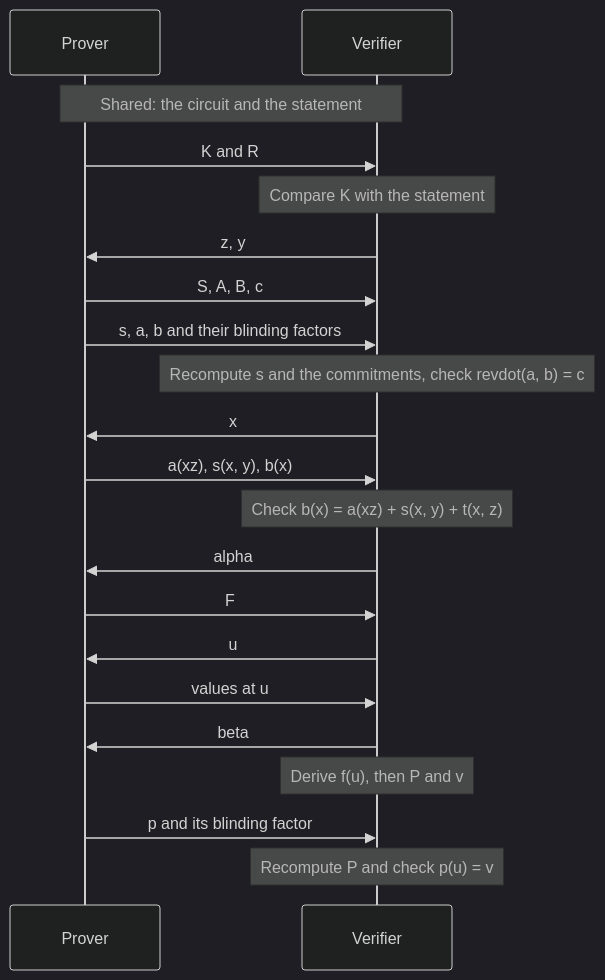
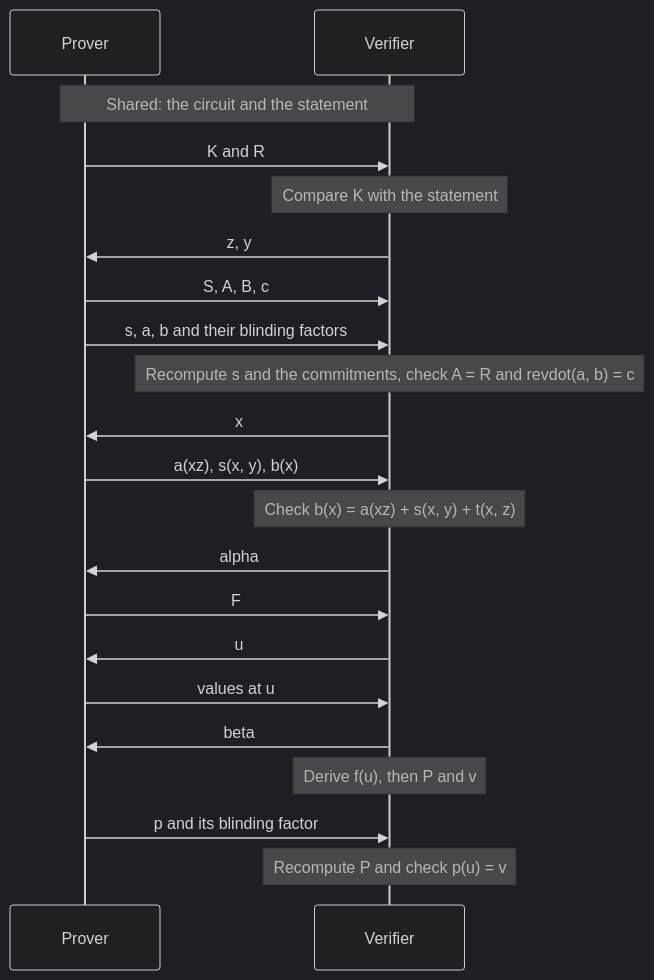
Before and after one commit to hhanh00/ragu-tachyon: the diagram in docs/nark.md, drawn with Mermaid (dark theme). The commit also changed other lines of this file and 37 other files, not shown here.

````diff
--- a/docs/nark.md
+++ b/docs/nark.md
@@ -263,23 +265,23 @@
 ```mermaid
 sequenceDiagram
     participant P as Prover
     participant V as Verifier
     Note over P,V: Shared: the circuit and the statement
     P->>V: K and R
     Note over V: Compare K with the statement
     V->>P: z, y
     P->>V: S, A, B, c
     P->>V: s, a, b and their blinding factors
-    Note over V: Recompute s and the commitments, check revdot(a, b) = c
+    Note over V: Recompute s and the commitments, check A = R and revdot(a, b) = c
     V->>P: x
     P->>V: a(xz), s(x, y), b(x)
     Note over V: Check b(x) = a(xz) + s(x, y) + t(x, z)
     V->>P: alpha
     P->>V: F
     V->>P: u
     P->>V: values at u
     V->>P: beta
     Note over V: Derive f(u), then P and v
     P->>V: p and its blinding factor
     Note over V: Recompute P and check p(u) = v
 ```
````
